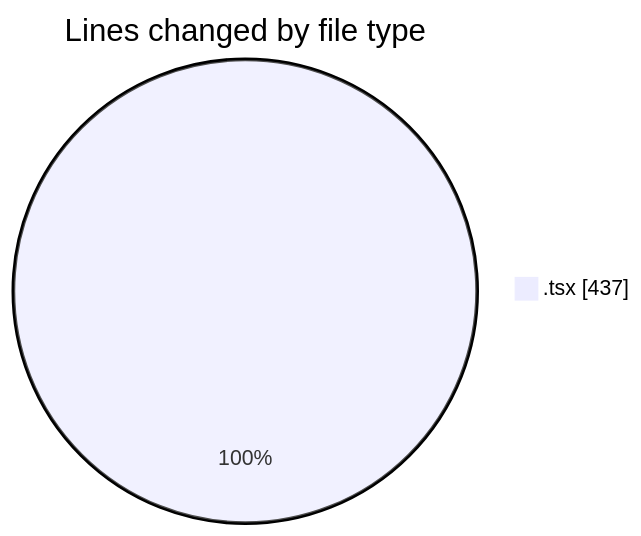
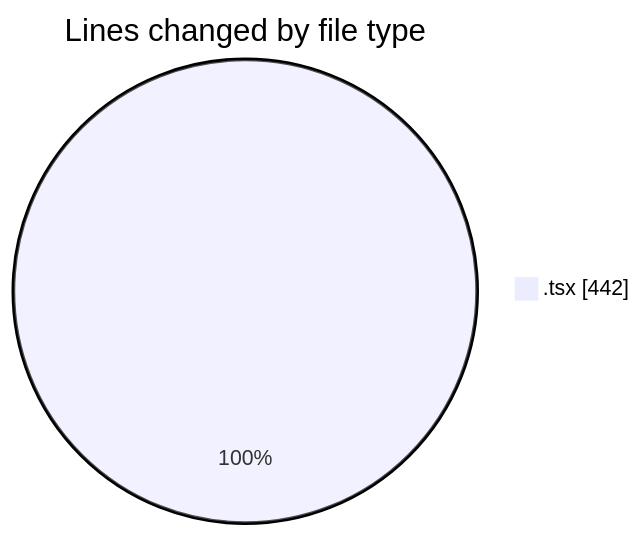
The first of 2 diagrams in 2025-10-20/scopecraft/README.md (Ritupan-Deka/code-tracking), drawn with Mermaid before and after one commit. The commit also changed other lines of this file and 1 other file, not shown here.

````diff
--- a/2025-10-20/scopecraft/README.md
+++ b/2025-10-20/scopecraft/README.md
@@ -25,5 +25,5 @@
 ```mermaid
 pie showData
 title Lines changed by file type
-".tsx" : 437
+".tsx" : 442
 ```
````
